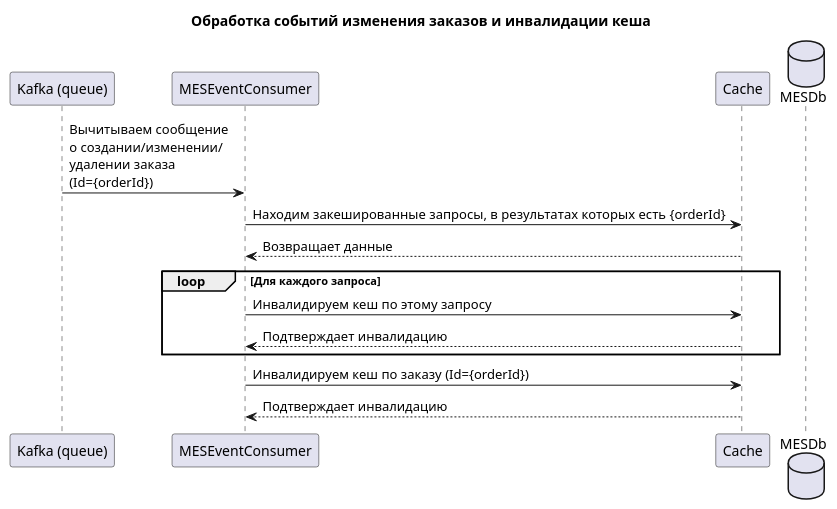
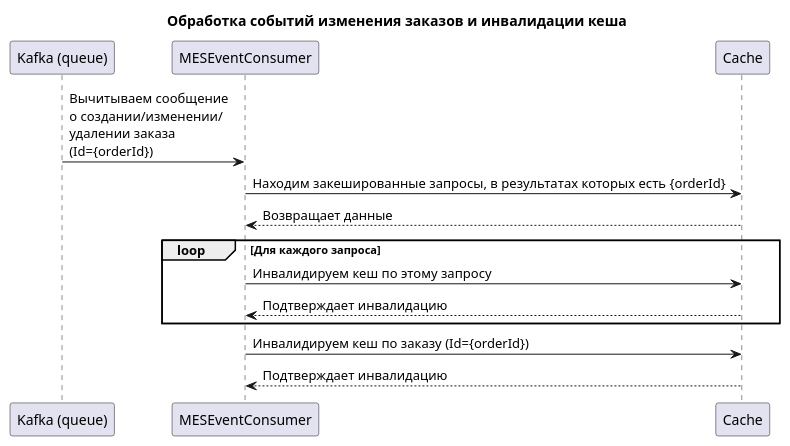
Before and after one commit to Chepene/architecture-sprint-4: the diagram in Exc5/resources/changeorderstatus.puml, drawn with PlantUML. The commit also changed 2 other files, not shown here.

```diff
--- a/Exc5/resources/changeorderstatus.puml
+++ b/Exc5/resources/changeorderstatus.puml
@@ -1,21 +1,19 @@
 @startuml
 title Обработка событий изменения заказов и инвалидации кеша
 
 participant Kafka as "Kafka (queue)"
 participant MESEventConsumer
 participant Cache
-database MESDb
-
 Kafka -> MESEventConsumer: Вычитываем сообщение\nо создании/изменении/\nудалении заказа\n(Id={orderId})
 MESEventConsumer -> Cache: Находим закешированные запросы, в результатах которых есть {orderId}
 Cache --> MESEventConsumer: Возвращает данные
 
 loop Для каждого запроса
     MESEventConsumer -> Cache: Инвалидируем кеш по этому запросу 
     Cache --> MESEventConsumer: Подтверждает инвалидацию
 end
 
 MESEventConsumer -> Cache: Инвалидируем кеш по заказу (Id={orderId})
 Cache --> MESEventConsumer: Подтверждает инвалидацию
 
 @enduml
```
